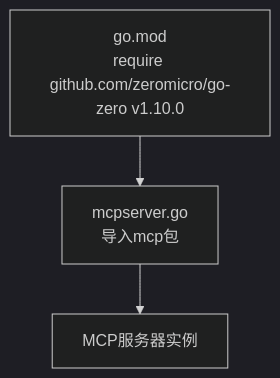
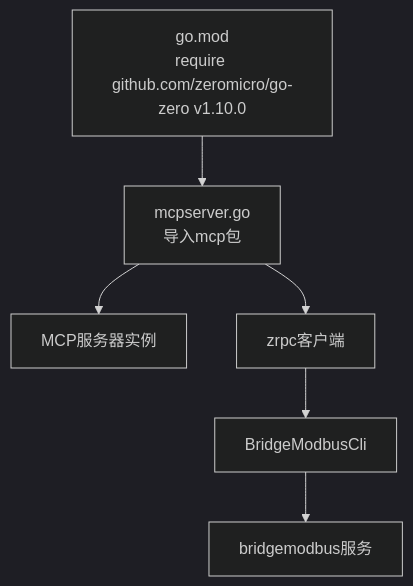
The fifth of 5 diagrams in .qoder/repowiki/zh/content/AI应用模块/MCP服务器.md (maomao94/zero-service), drawn with Mermaid (dark theme) before and after one commit. The commit also changed other lines of this file and 8 other files, not shown here.

````diff
--- a/.qoder/repowiki/zh/content/AI应用模块/MCP服务器.md
+++ b/.qoder/repowiki/zh/content/AI应用模块/MCP服务器.md
@@ -186,5 +258,8 @@
 ```mermaid
 graph TB
 M["go.mod<br/>require github.com/zeromicro/go-zero v1.10.0"] --> P["mcpserver.go<br/>导入mcp包"]
 P --> S["MCP服务器实例"]
+P --> Z["zrpc客户端"]
+Z --> B["BridgeModbusCli"]
+B --> BM["bridgemodbus服务"]
 ```
````
